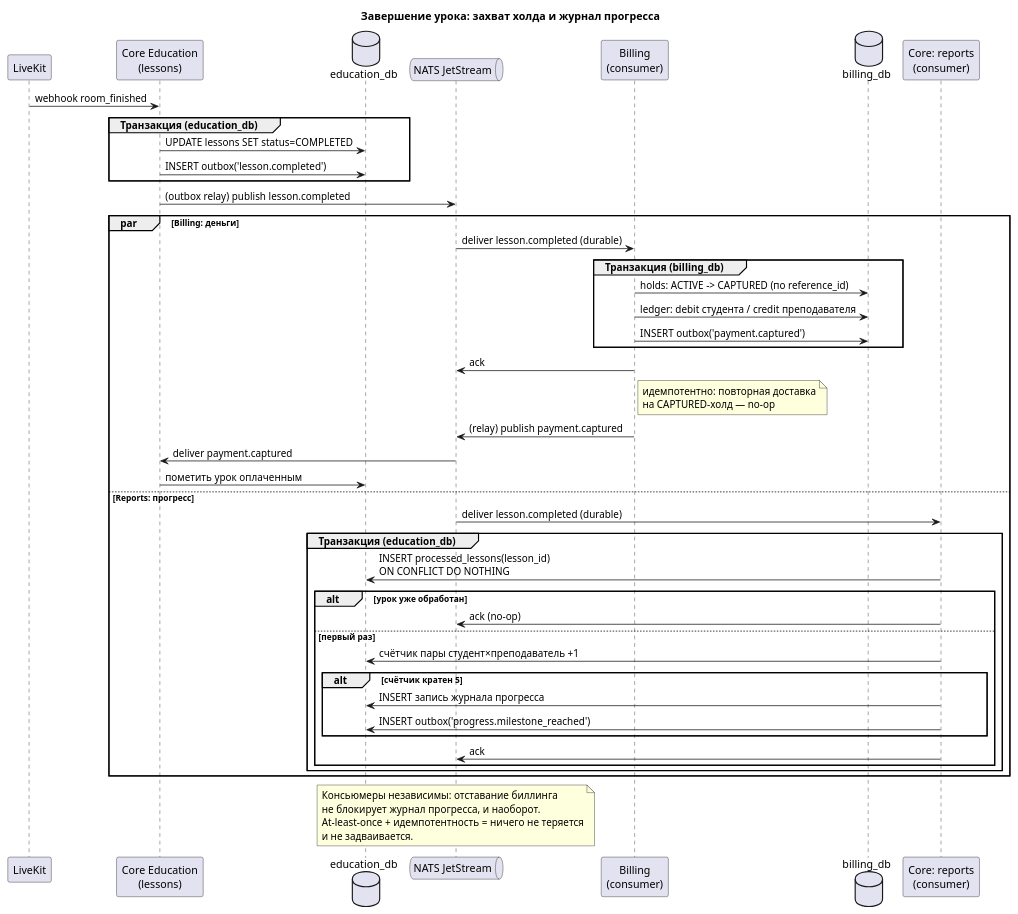
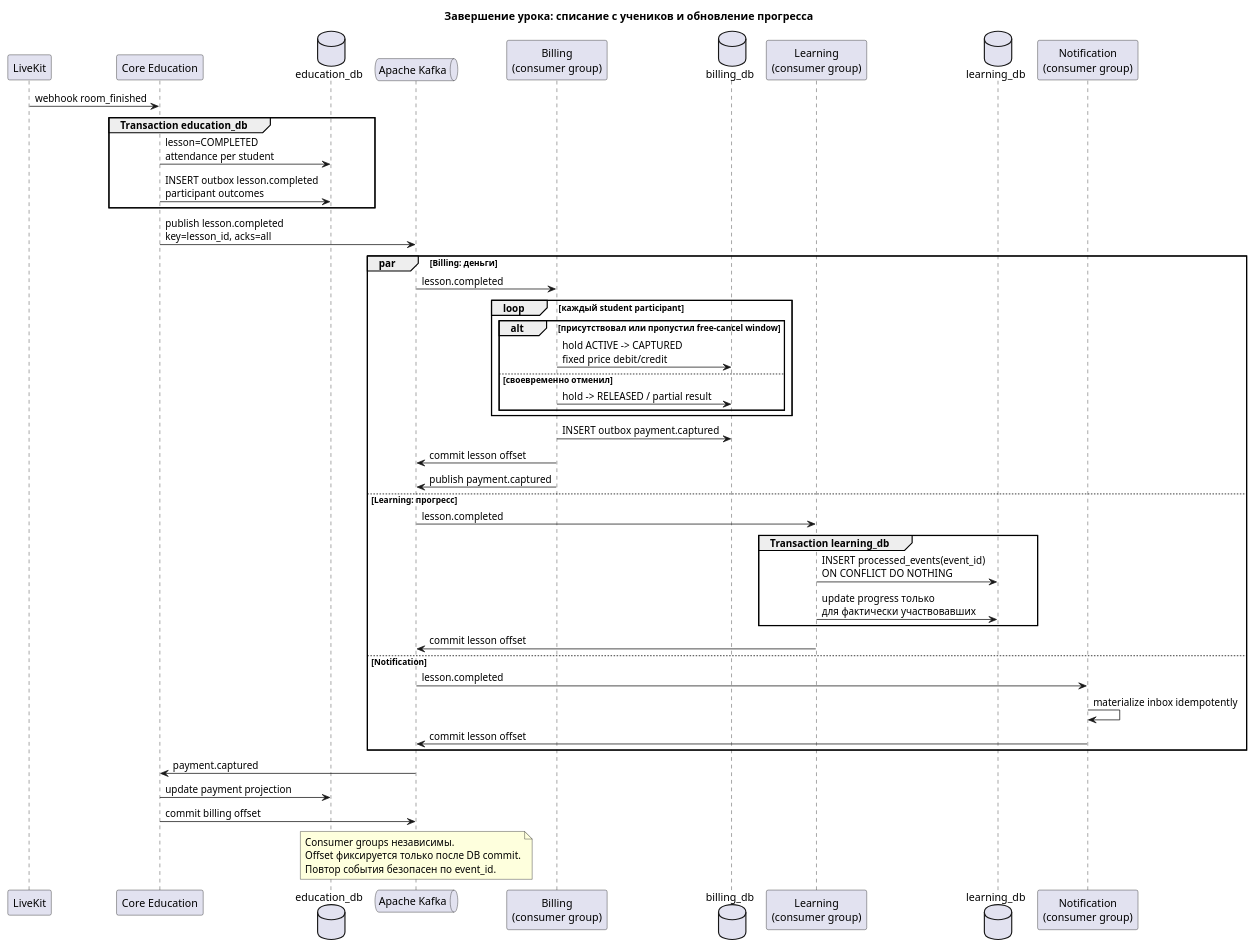
The diagram in Системный анализ/diagrams/sequence/lesson-completed-billing.puml (trajectory-platform/architeture), drawn with PlantUML before and after one commit. The commit also changed 57 other files, not shown here.

```diff
--- a/Системный анализ/diagrams/sequence/lesson-completed-billing.puml
+++ b/Системный анализ/diagrams/sequence/lesson-completed-billing.puml
@@ -1,57 +1,55 @@
 @startuml lesson-completed-billing
-title Завершение урока: захват холда и журнал прогресса
+title Завершение урока: списание с учеников и обновление прогресса
 
 participant "LiveKit" as lk
-participant "Core Education\n(lessons)" as core
+participant "Core Education" as core
 database "education_db" as edb
-queue "NATS JetStream" as nats
-participant "Billing\n(consumer)" as billing
+queue "Apache Kafka" as kafka
+participant "Billing\n(consumer group)" as billing
 database "billing_db" as bdb
-participant "Core: reports\n(consumer)" as reports
+participant "Learning\n(consumer group)" as learning
+database "learning_db" as ldb
+participant "Notification\n(consumer group)" as notification
 
 lk -> core: webhook room_finished
-group Транзакция (education_db)
-  core -> edb: UPDATE lessons SET status=COMPLETED
-  core -> edb: INSERT outbox('lesson.completed')
+group Transaction education_db
+  core -> edb: lesson=COMPLETED\nattendance per student
+  core -> edb: INSERT outbox lesson.completed\nparticipant outcomes
 end
-core -> nats: (outbox relay) publish lesson.completed
+core -> kafka: publish lesson.completed\nkey=lesson_id, acks=all
 
 par Billing: деньги
-  nats -> billing: deliver lesson.completed (durable)
-  group Транзакция (billing_db)
-    billing -> bdb: holds: ACTIVE -> CAPTURED (по reference_id)
-    billing -> bdb: ledger: debit студента / credit преподавателя
-    billing -> bdb: INSERT outbox('payment.captured')
-  end
-  billing -> nats: ack
-  note right of billing
-    идемпотентно: повторная доставка
-    на CAPTURED-холд — no-op
-  end note
-  billing -> nats: (relay) publish payment.captured
-  nats -> core: deliver payment.captured
-  core -> edb: пометить урок оплаченным
-else Reports: прогресс
-  nats -> reports: deliver lesson.completed (durable)
-  group Транзакция (education_db)
-    reports -> edb: INSERT processed_lessons(lesson_id)\nON CONFLICT DO NOTHING
-    alt урок уже обработан
-      reports -> nats: ack (no-op)
-    else первый раз
-      reports -> edb: счётчик пары студент×преподаватель +1
-      alt счётчик кратен 5
-        reports -> edb: INSERT запись журнала прогресса
-        reports -> edb: INSERT outbox('progress.milestone_reached')
-      end
-      reports -> nats: ack
+  kafka -> billing: lesson.completed
+  loop каждый student participant
+    alt присутствовал или пропустил free-cancel window
+      billing -> bdb: hold ACTIVE -> CAPTURED\nfixed price debit/credit
+    else своевременно отменил
+      billing -> bdb: hold -> RELEASED / partial result
     end
   end
+  billing -> bdb: INSERT outbox payment.captured
+  billing -> kafka: commit lesson offset
+  billing -> kafka: publish payment.captured
+else Learning: прогресс
+  kafka -> learning: lesson.completed
+  group Transaction learning_db
+    learning -> ldb: INSERT processed_events(event_id)\nON CONFLICT DO NOTHING
+    learning -> ldb: update progress только\nдля фактически участвовавших
+  end
+  learning -> kafka: commit lesson offset
+else Notification
+  kafka -> notification: lesson.completed
+  notification -> notification: materialize inbox idempotently
+  notification -> kafka: commit lesson offset
 end
 
-note over nats
-  Консьюмеры независимы: отставание биллинга
-  не блокирует журнал прогресса, и наоборот.
-  At-least-once + идемпотентность = ничего не теряется
-  и не задваивается.
+kafka -> core: payment.captured
+core -> edb: update payment projection
+core -> kafka: commit billing offset
+
+note over kafka
+  Consumer groups независимы.
+  Offset фиксируется только после DB commit.
+  Повтор события безопасен по event_id.
 end note
 @enduml
```
